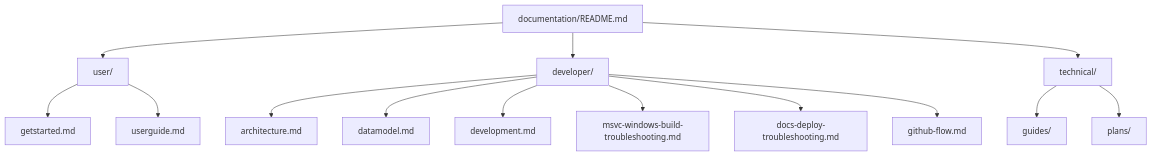
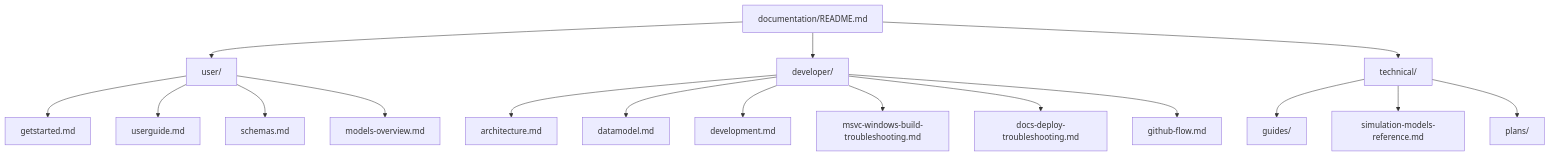
One commit to imperialCHEPI/healthgps changed the diagram in documentation/README.md. Above: the diagram before and after it, drawn with Mermaid. The commit also changed other lines of this file and 34 other files, not shown here.

````diff
--- a/documentation/README.md
+++ b/documentation/README.md
@@ -40,17 +48,20 @@
 ```mermaid
 flowchart TB
     ROOT[documentation/README.md]
     ROOT --> USER[user/]
     ROOT --> DEV[developer/]
     ROOT --> TECH[technical/]
     USER --> GS[getstarted.md]
     USER --> UG[userguide.md]
+    USER --> SCH[schemas.md]
+    USER --> MOD[models-overview.md]
     DEV --> ARCH[architecture.md]
     DEV --> DM[datamodel.md]
     DEV --> DV[development.md]
     DEV --> MSVC[msvc-windows-build-troubleshooting.md]
     DEV --> DOCSDEP[docs-deploy-troubleshooting.md]
     DEV --> GH[github-flow.md]
     TECH --> GUIDES[guides/]
+    TECH --> MODELREF[simulation-models-reference.md]
     TECH --> PLANS[plans/]
 ```
````
